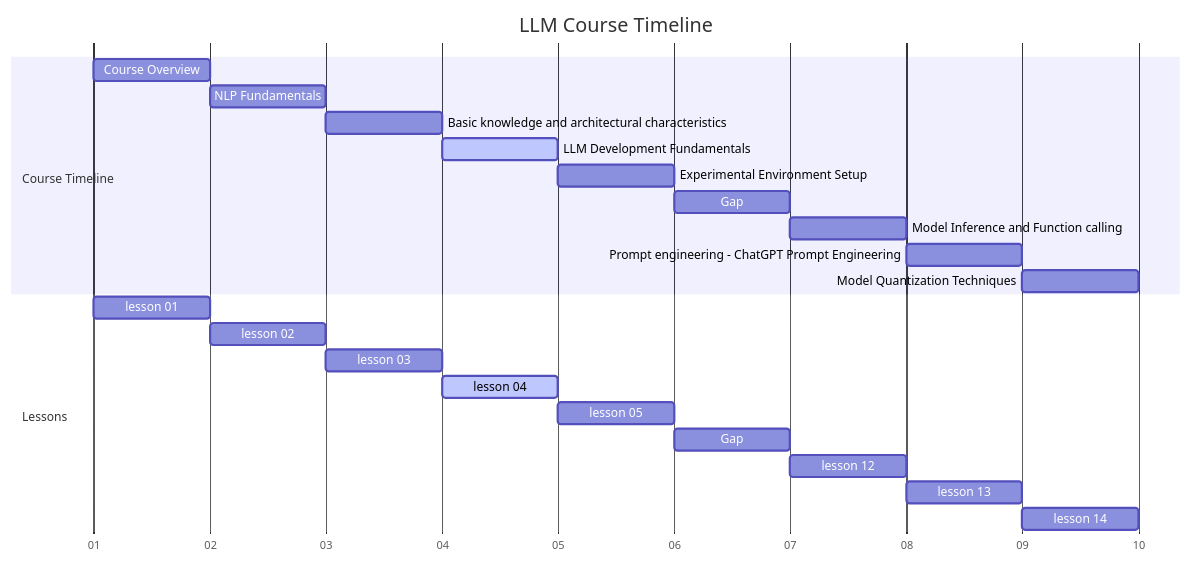
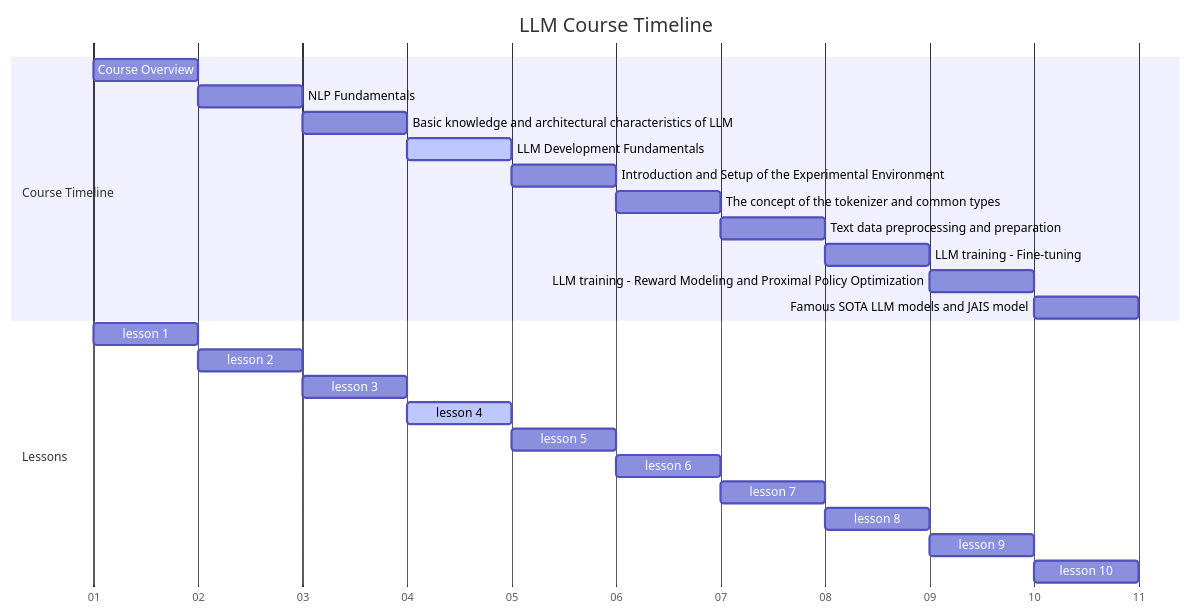
One commit to chenxingqiang/llm-course-chen changed the first of 2 diagrams in notebooks/md/lesson_04_LLM_Development_Fundamentals.md. Above: the diagram before and after it, drawn with Mermaid. The commit also changed other lines of this file and 12 other files, not shown here.

````diff
--- a/notebooks/md/lesson_04_LLM_Development_Fundamentals.md
+++ b/notebooks/md/lesson_04_LLM_Development_Fundamentals.md
@@ -3,26 +4,28 @@
 ```mermaid
 gantt
     title LLM Course Timeline
     dateFormat X
     axisFormat %d
     section Course Timeline
-    Course Overview                                     :a1, 0, 1d
-    NLP Fundamentals                                    :a2, after a1, 1d
-    Basic knowledge and architectural characteristics   :a3, after a2, 1d
-    LLM Development Fundamentals                        :active,a4, after a3, 1d
-    Experimental Environment Setup                      :a5, after a4, 1d
-    Gap                                                 :a6, after a5, 1d
-    Model Inference and Function calling                :a12, after a6, 1d
-    Prompt engineering - ChatGPT Prompt Engineering     :a13, after a12, 1d
-    Model Quantization Techniques                       :a14, after a13, 1d
+    Course Overview                                    :a1, 0, 1d
+    NLP Fundamentals                                   :a2, after a1, 1d
+    Basic knowledge and architectural characteristics of LLM :a3, after a2, 1d
+    LLM Development Fundamentals                       :active,a4, after a3, 1d
+    Introduction and Setup of the Experimental Environment :a5, after a4, 1d
+    The concept of the tokenizer and common types      :a6, after a5, 1d
+    Text data preprocessing and preparation            :a7, after a6, 1d
+    LLM training - Fine-tuning                         :a8, after a7, 1d
+    LLM training - Reward Modeling and Proximal Policy Optimization :a9, after a8, 1d
+    Famous SOTA LLM models and JAIS model              :a10, after a9, 1d
     section Lessons
-    lesson 01 :l1, 0, 1d
-    lesson 02 :l2, after l1, 1d
-    lesson 03 :l3, after l2, 1d
-    lesson 04 :active,l4, after l3, 1d
-    lesson 05 :l5, after l4, 1d
-    Gap       :l6, after l5, 1d
-    lesson 12 :l12, after l6, 1d
-    lesson 13 :l13, after l12, 1d
-    lesson 14 :l14, after l13, 1d
+    lesson 1  :l1, 0, 1d
+    lesson 2  :l2, after l1, 1d
+    lesson 3  :l3, after l2, 1d
+    lesson 4  :active,l4, after l3, 1d
+    lesson 5  :l5, after l4, 1d
+    lesson 6  :l6, after l5, 1d
+    lesson 7  :l7, after l6, 1d
+    lesson 8  :l8, after l7, 1d
+    lesson 9  :l9, after l8, 1d
+    lesson 10 :l10, after l9, 1d
 ```
````
